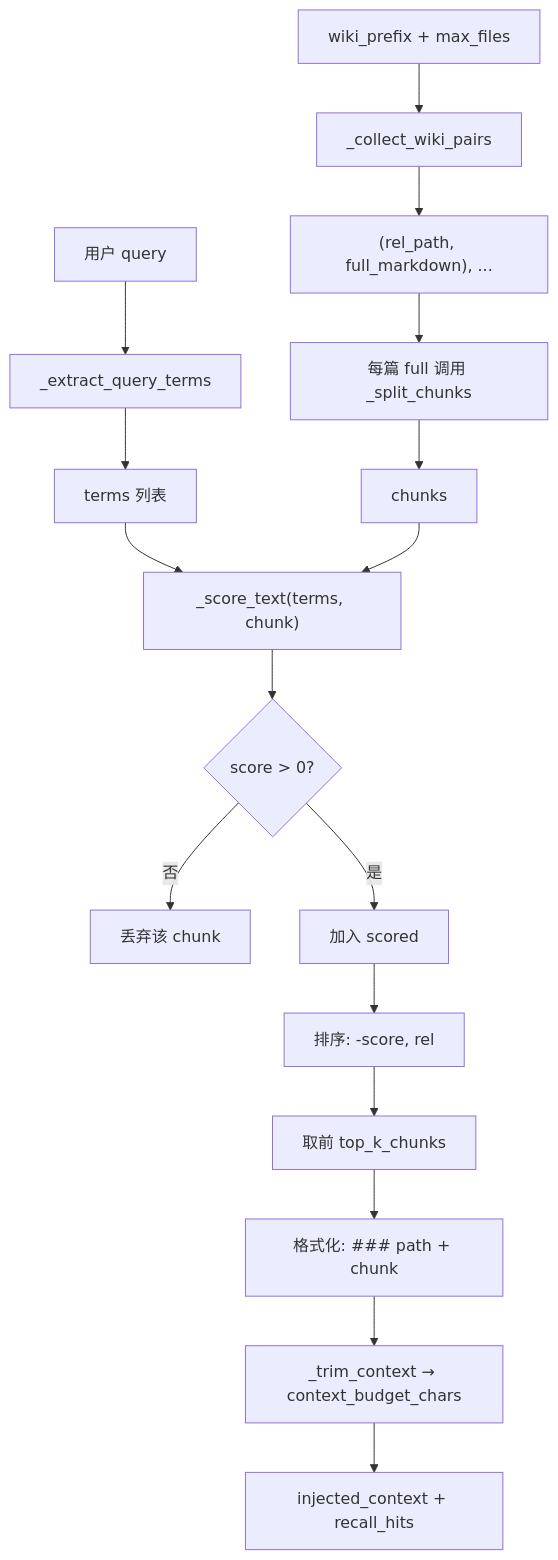
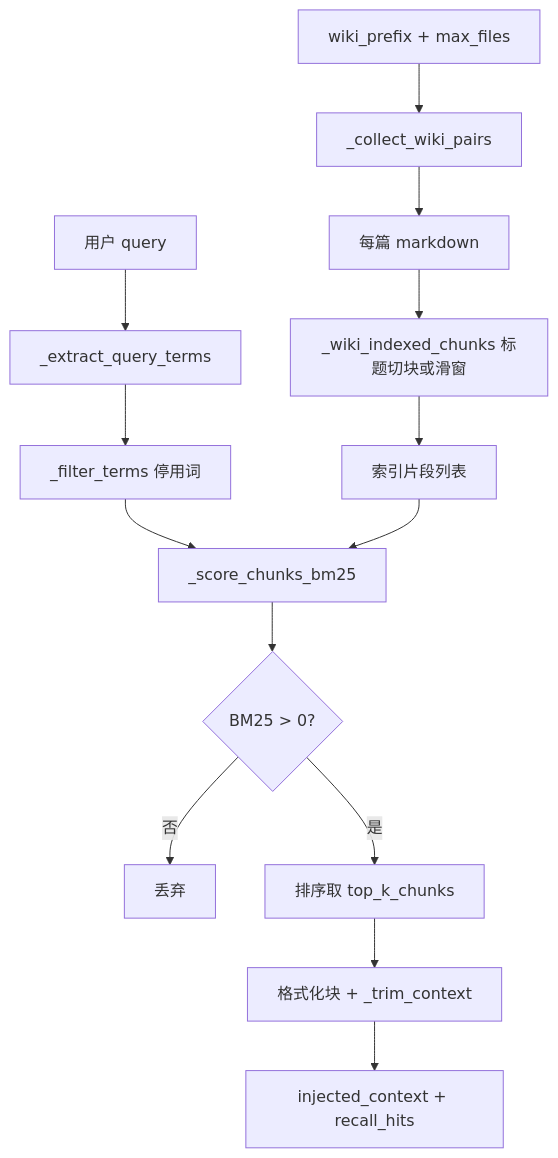
The first of 2 diagrams in README.md (wangfeifei-xsd/pathy-knowledge-server), drawn with Mermaid before and after one commit. The commit also changed other lines of this file and 8 other files, not shown here.

````diff
--- a/README.md
+++ b/README.md
@@ -56,19 +54,16 @@
 ```mermaid
 flowchart TD
   A[用户 query] --> B[_extract_query_terms]
-  B --> C[terms 列表]
+  B --> C[_filter_terms 停用词]
   D[wiki_prefix + max_files] --> E[_collect_wiki_pairs]
-  E --> F["(rel_path, full_markdown), ..."]
-  F --> G[每篇 full 调用 _split_chunks]
-  G --> H[chunks]
-  C --> I["_score_text(terms, chunk)"]
+  E --> F["每篇 markdown"]
+  F --> G["_wiki_indexed_chunks 标题切块或滑窗"]
+  G --> H[索引片段列表]
+  C --> I["_score_chunks_bm25"]
   H --> I
-  I --> J{score > 0?}
-  J -->|否| K[丢弃该 chunk]
-  J -->|是| L[加入 scored]
-  L --> M["排序: -score, rel"]
-  M --> N[取前 top_k_chunks]
-  N --> O["格式化: ### path + chunk"]
-  O --> P["_trim_context → context_budget_chars"]
-  P --> Q["injected_context + recall_hits"]
+  I --> J{BM25 > 0?}
+  J -->|否| K[丢弃]
+  J -->|是| L[排序取 top_k_chunks]
+  L --> M["格式化块 + _trim_context"]
+  M --> N["injected_context + recall_hits"]
 ```
````
